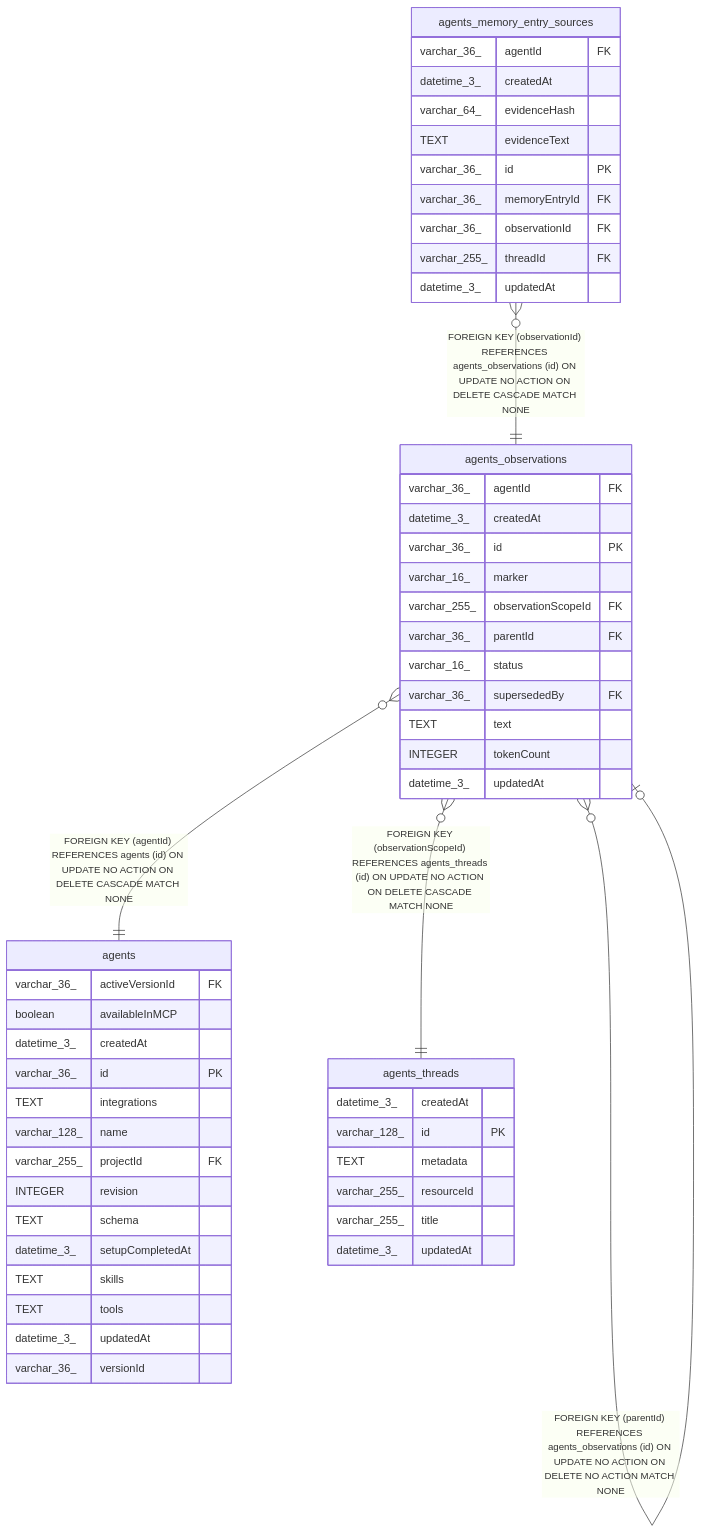
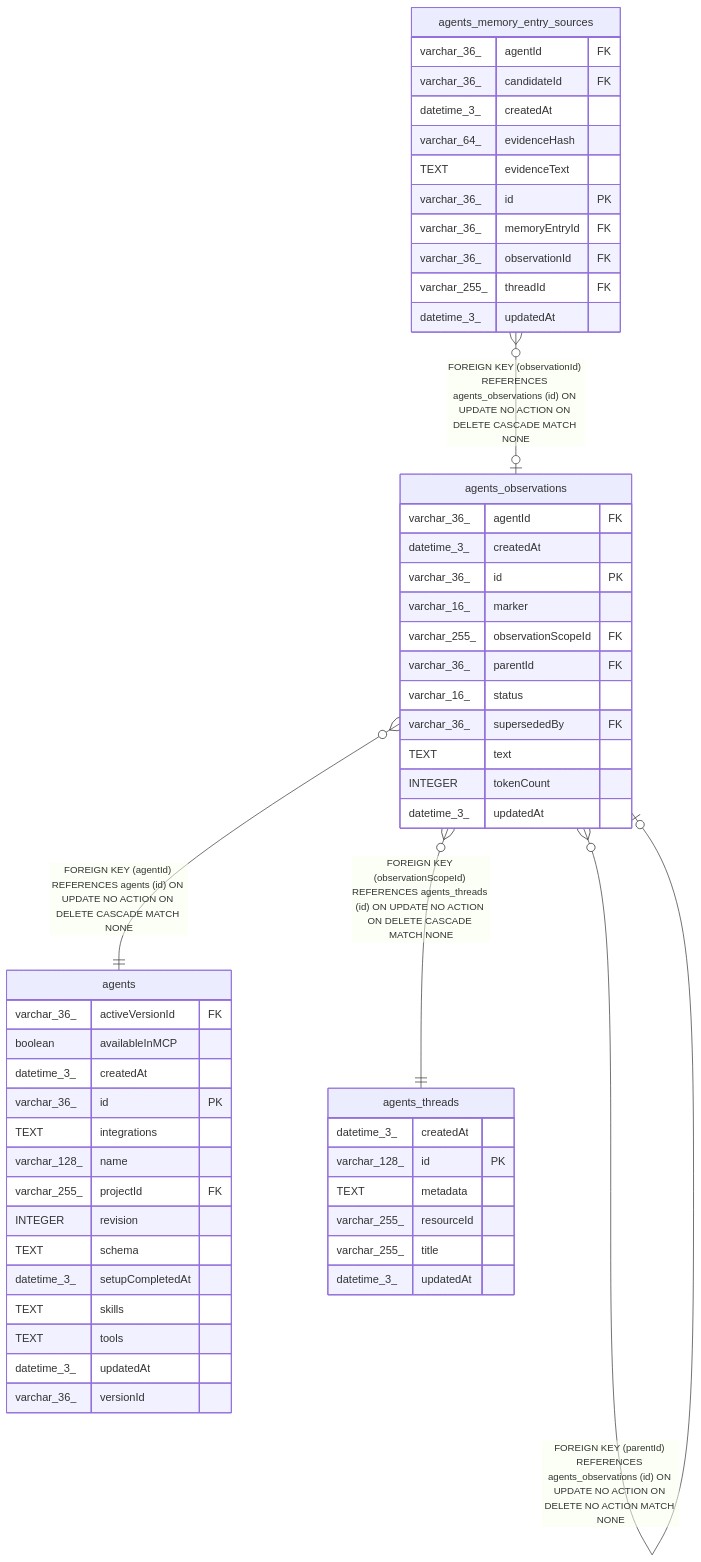
The diagram in universal-plugin/backend/oss/n8n/docs/generated/sqlite-schema/agents_observations.md (Tanishq-1/all-global-plugin), drawn with Mermaid before and after one commit. The commit also changed 3199 other files, not shown here.

````diff
--- a/universal-plugin/backend/oss/n8n/docs/generated/sqlite-schema/agents_observations.md
+++ b/universal-plugin/backend/oss/n8n/docs/generated/sqlite-schema/agents_observations.md
@@ -55,58 +55,59 @@
 ```mermaid
 erDiagram
 
 "agents_observations" }o--|| "agents" : "FOREIGN KEY (agentId) REFERENCES agents (id) ON UPDATE NO ACTION ON DELETE CASCADE MATCH NONE"
-"agents_memory_entry_sources" }o--|| "agents_observations" : "FOREIGN KEY (observationId) REFERENCES agents_observations (id) ON UPDATE NO ACTION ON DELETE CASCADE MATCH NONE"
+"agents_memory_entry_sources" }o--o| "agents_observations" : "FOREIGN KEY (observationId) REFERENCES agents_observations (id) ON UPDATE NO ACTION ON DELETE CASCADE MATCH NONE"
 "agents_observations" }o--o| "agents_observations" : "FOREIGN KEY (supersededBy) REFERENCES agents_observations (id) ON UPDATE NO ACTION ON DELETE NO ACTION MATCH NONE"
 "agents_observations" }o--o| "agents_observations" : "FOREIGN KEY (parentId) REFERENCES agents_observations (id) ON UPDATE NO ACTION ON DELETE NO ACTION MATCH NONE"
 "agents_observations" }o--|| "agents_threads" : "FOREIGN KEY (observationScopeId) REFERENCES agents_threads (id) ON UPDATE NO ACTION ON DELETE CASCADE MATCH NONE"
 
 "agents_observations" {
   varchar_36_ agentId FK
   datetime_3_ createdAt
   varchar_36_ id PK
   varchar_16_ marker
   varchar_255_ observationScopeId FK
   varchar_36_ parentId FK
   varchar_16_ status
   varchar_36_ supersededBy FK
   TEXT text
   INTEGER tokenCount
   datetime_3_ updatedAt
 }
 "agents" {
   varchar_36_ activeVersionId FK
   boolean availableInMCP
   datetime_3_ createdAt
   varchar_36_ id PK
   TEXT integrations
   varchar_128_ name
   varchar_255_ projectId FK
   INTEGER revision
   TEXT schema
   datetime_3_ setupCompletedAt
   TEXT skills
   TEXT tools
   datetime_3_ updatedAt
   varchar_36_ versionId
 }
 "agents_memory_entry_sources" {
   varchar_36_ agentId FK
+  varchar_36_ candidateId FK
   datetime_3_ createdAt
   varchar_64_ evidenceHash
   TEXT evidenceText
   varchar_36_ id PK
   varchar_36_ memoryEntryId FK
   varchar_36_ observationId FK
   varchar_255_ threadId FK
   datetime_3_ updatedAt
 }
 "agents_threads" {
   datetime_3_ createdAt
   varchar_128_ id PK
   TEXT metadata
   varchar_255_ resourceId
   varchar_255_ title
   datetime_3_ updatedAt
 }
 ```
````
